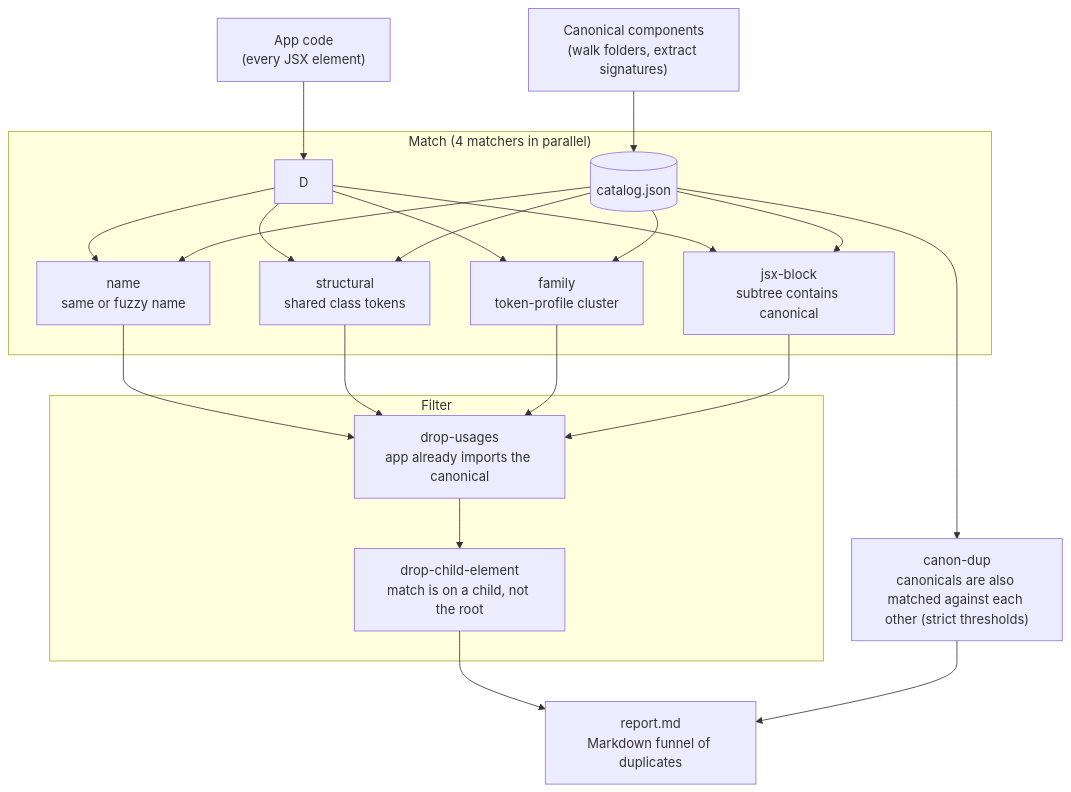
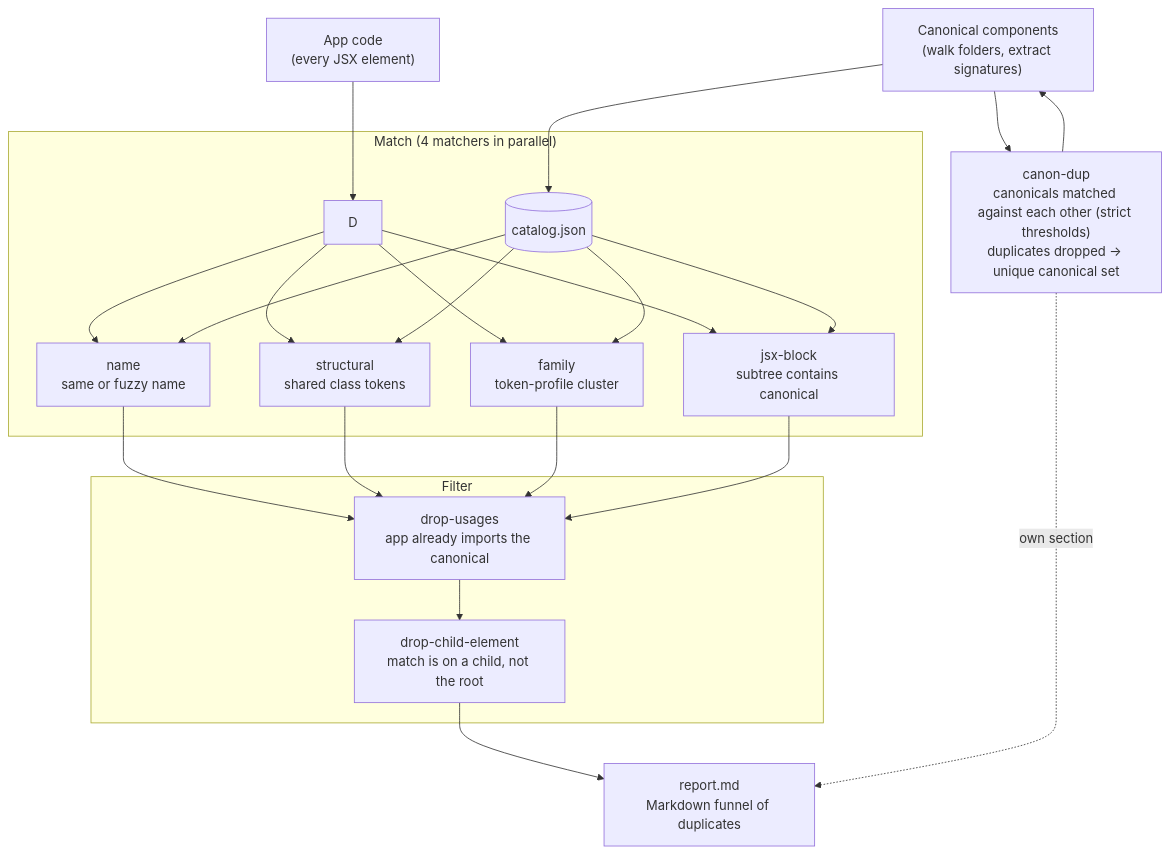
One commit to DrBoria/component-uniqueness changed the diagram in README.md. Above: the diagram before and after it, drawn with Mermaid.

Commit message:
docs: canon-dup is a self-loop on canonical components, not a separate funnel branch

````diff
--- a/README.md
+++ b/README.md
@@ -7,31 +7,31 @@
 ```mermaid
 flowchart TD
     A["Canonical components<br/>(walk folders, extract signatures)"] --> B[("catalog.json")]
+    A --> CD["canon-dup<br/>canonicals matched against each other (strict thresholds)<br/>duplicates dropped → unique canonical set"]
+    CD --> A
     C["App code<br/>(every JSX element)"] --> D
 
     subgraph match["Match (4 matchers in parallel)"]
         D --> M1["name<br/>same or fuzzy name"]
         D --> M2["structural<br/>shared class tokens"]
         D --> M3["family<br/>token-profile cluster"]
         D --> M4["jsx-block<br/>subtree contains canonical"]
         B --> M1
         B --> M2
         B --> M3
         B --> M4
     end
 
     M1 --> F1
     M2 --> F1
     M3 --> F1
     M4 --> F1
 
-    B --> CD["canon-dup<br/>canonicals are also matched against each other (strict thresholds)"]
-
     subgraph filter["Filter"]
         F1["drop-usages<br/>app already imports the canonical"]
         F1 --> F2["drop-child-element<br/>match is on a child, not the root"]
     end
 
     F2 --> E["report.md<br/>Markdown funnel of duplicates"]
-    CD --> E
+    CD -. "own section" .-> E
 ```
````
